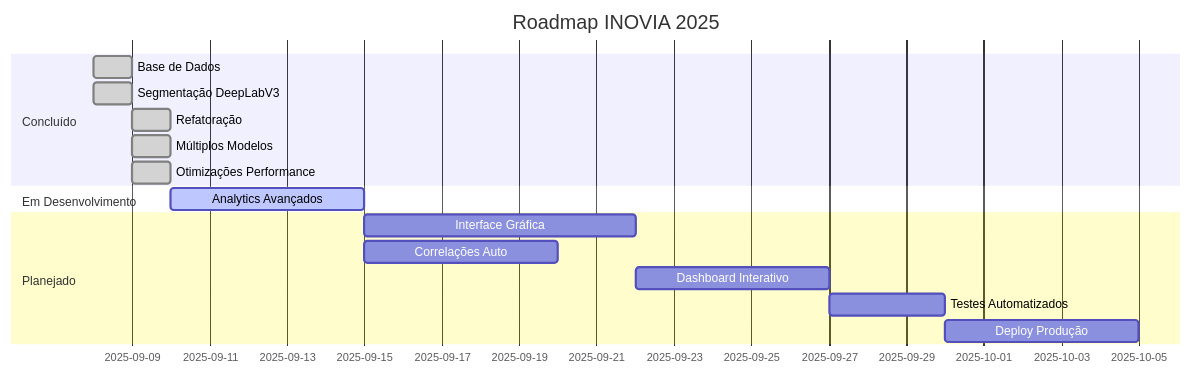
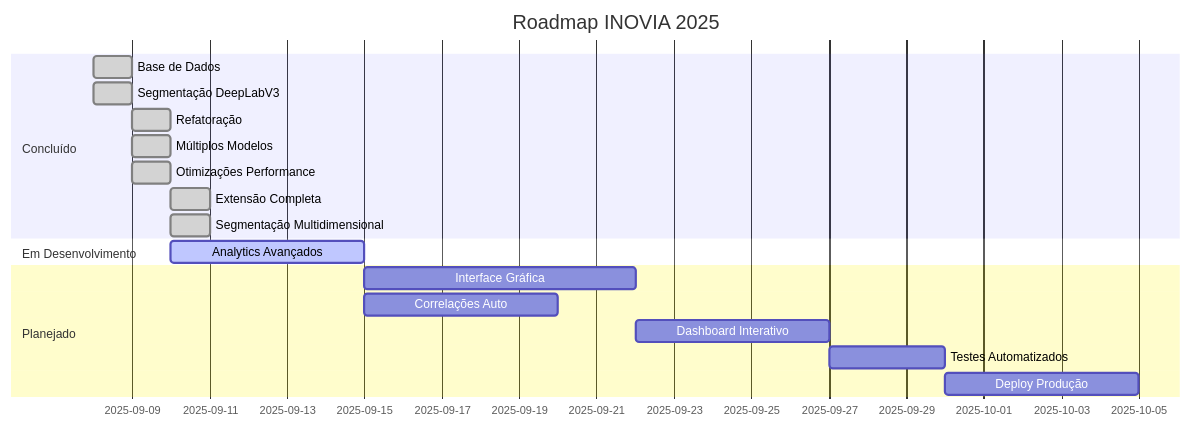
The seventh of 8 diagrams in README.md (danilorigitano/DesafioInovia-dev), drawn with Mermaid before and after one commit. The commit also changed other lines of this file and 5 other files, not shown here.

````diff
--- a/README.md
+++ b/README.md
@@ -557,21 +888,23 @@
 ```mermaid
 gantt
     title Roadmap INOVIA 2025
     dateFormat  YYYY-MM-DD
     section Concluído
     Base de Dados       :done, base, 2025-09-08, 1d
     Segmentação DeepLabV3 :done, deep, 2025-09-08, 1d
     Refatoração         :done, refact, 2025-09-09, 1d
     Múltiplos Modelos   :done, multi, 2025-09-09, 1d
     Otimizações Performance :done, optim, 2025-09-09, 1d
+    Extensão Completa   :done, ext, 2025-09-10, 1d
+    Segmentação Multidimensional :done, multidim, 2025-09-10, 1d
     
-    section Em Desenvolvimento
+    section Em Desenvolvimento  
     Analytics Avançados :active, analytics, 2025-09-10, 5d
     
     section Planejado
     Interface Gráfica   :ui, after analytics, 7d
     Correlações Auto    :corr, after analytics, 5d
     Dashboard Interativo :dash, after ui, 5d
     Testes Automatizados :test, after dash, 3d
     Deploy Produção     :deploy, after test, 5d
 ```
````
